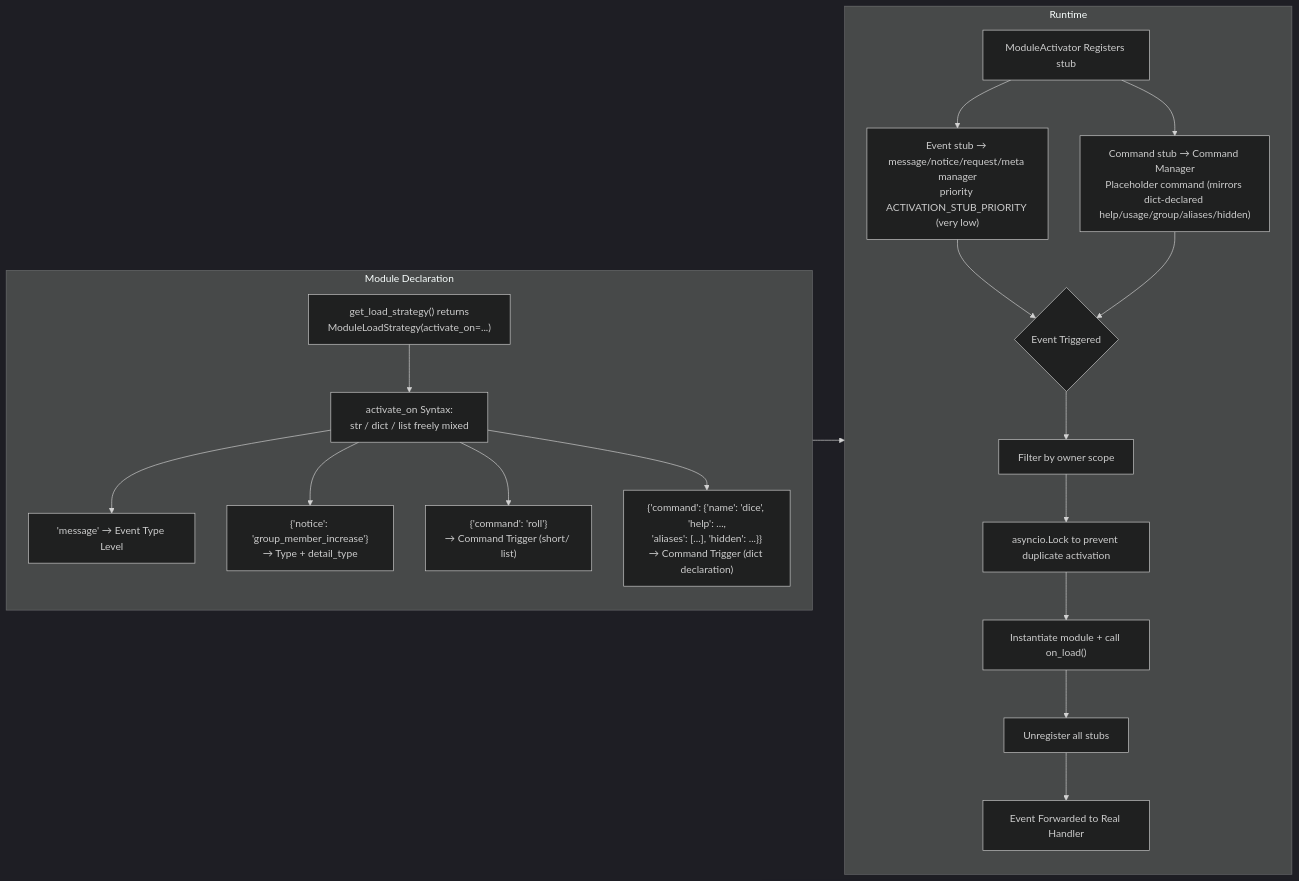
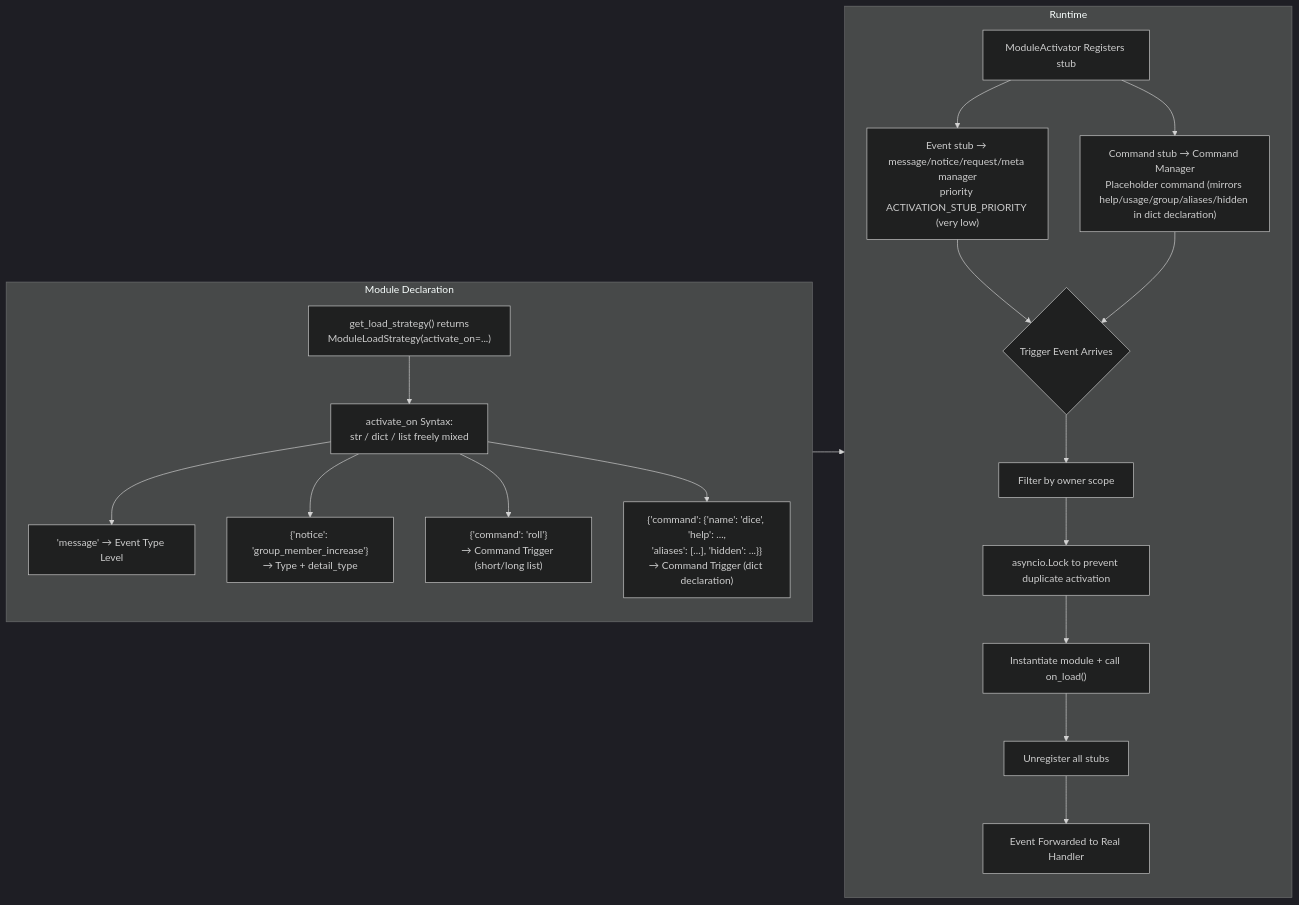
The seventh of 10 diagrams in docs/en/architecture.md (ErisPulse/ErisPulse), drawn with Mermaid (dark theme) before and after one commit. The commit also changed other lines of this file and 83 other files, not shown here.

````diff
--- a/docs/en/architecture.md
+++ b/docs/en/architecture.md
@@ -222,24 +222,24 @@
 ```mermaid
 flowchart LR
     subgraph Declare["Module Declaration"]
         S1["get_load_strategy() returns<br/>ModuleLoadStrategy(activate_on=...)"] --> S2["activate_on Syntax:<br/>str / dict / list freely mixed"]
         S2 --> S2a["'message' → Event Type Level"]
         S2 --> S2b["{'notice': 'group_member_increase'}<br/>→ Type + detail_type"]
-        S2 --> S2c["{'command': 'roll'}<br/>→ Command Trigger (short/ list)"]
+        S2 --> S2c["{'command': 'roll'}<br/>→ Command Trigger (short/long list)"]
         S2 --> S2d["{'command': {'name': 'dice', 'help': ...,<br/>'aliases': [...], 'hidden': ...}}<br/>→ Command Trigger (dict declaration)"]
     end
 
     subgraph Runtime["Runtime"]
         R1["ModuleActivator Registers stub"] --> R1a["Event stub → message/notice/request/meta manager<br/>priority ACTIVATION_STUB_PRIORITY (very low)"]
-        R1 --> R1b["Command stub → Command Manager<br/>Placeholder command (mirrors dict-declared help/usage/group/aliases/hidden)"]
-        R1a --> R2{"Event Triggered"}
+        R1 --> R1b["Command stub → Command Manager<br/>Placeholder command (mirrors help/usage/group/aliases/hidden in dict declaration)"]
+        R1a --> R2{"Trigger Event Arrives"}
         R1b --> R2
         R2 --> R3["Filter by owner scope"]
         R3 --> R4["asyncio.Lock to prevent duplicate activation"]
         R4 --> R5["Instantiate module + call on_load()"]
         R5 --> R6["Unregister all stubs"]
         R6 --> R7["Event Forwarded to Real Handler"]
     end
 
     Declare --> Runtime
 ```
````
